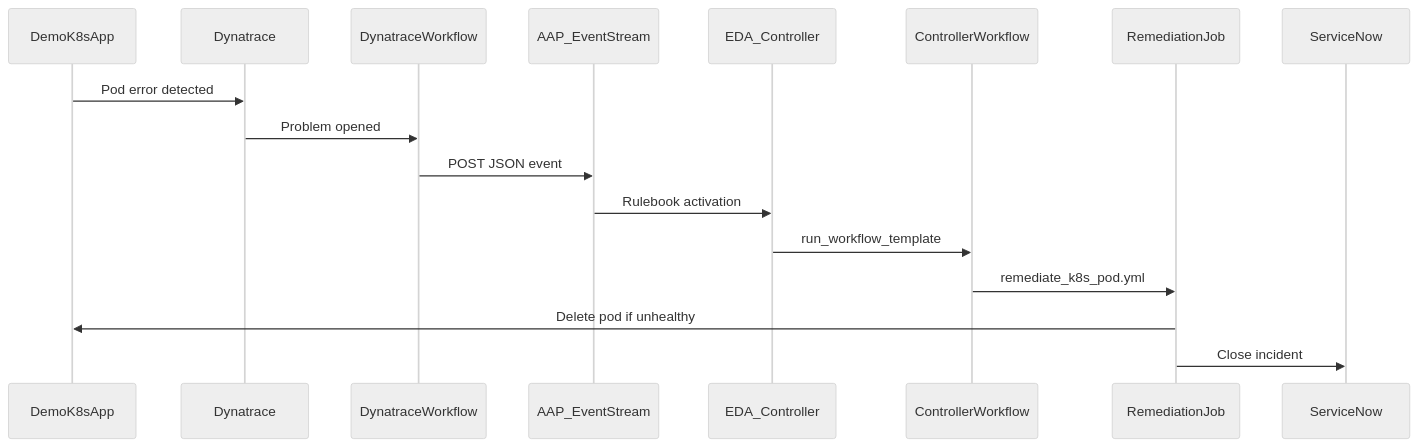
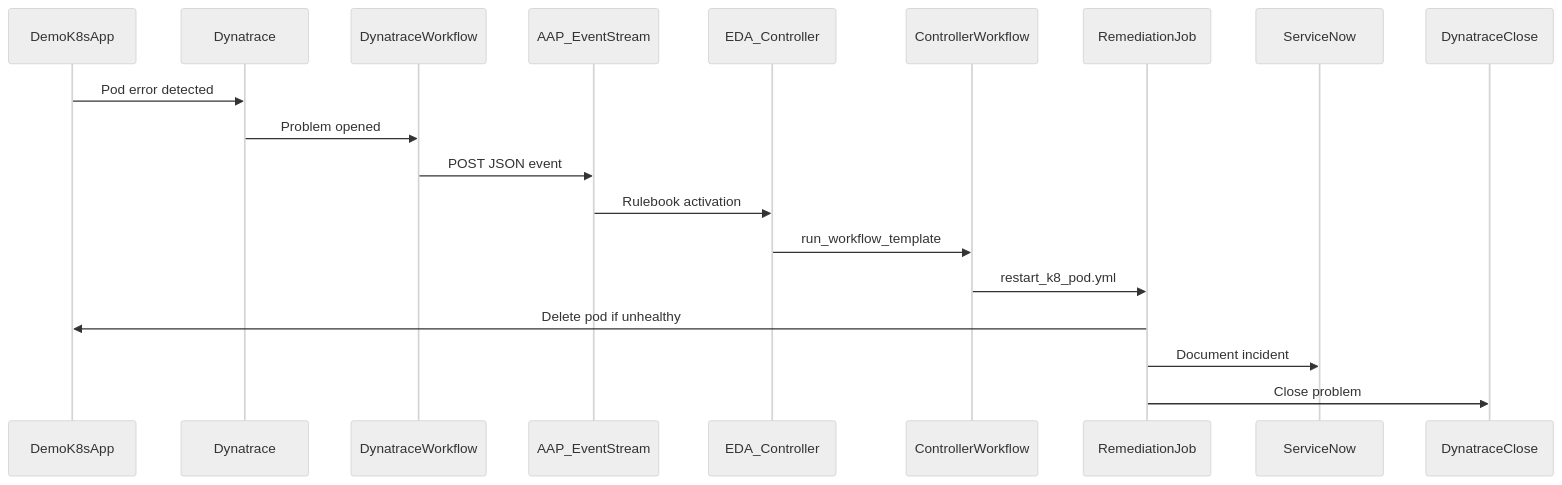
Before and after one commit to froberge/eda_dynatrace_demo: the diagram in README.md, drawn with Mermaid (neutral theme). The commit also changed other lines of this file and 3 other files, not shown here.

Commit message:
Add the call to dynatrace to close the ticket

````diff
--- a/README.md
+++ b/README.md
@@ -7,20 +7,22 @@
 ```mermaid
 sequenceDiagram
     participant K8s as DemoK8sApp
     participant DT as Dynatrace
     participant WF as DynatraceWorkflow
     participant ES as AAP_EventStream
     participant EDA as EDA_Controller
     participant WJT as ControllerWorkflow
     participant JT as RemediationJob
     participant SN as ServiceNow
+    participant DTclose as DynatraceClose
 
     K8s->>DT: Pod error detected
     DT->>WF: Problem opened
     WF->>ES: POST JSON event
     ES->>EDA: Rulebook activation
     EDA->>WJT: run_workflow_template
-    WJT->>JT: remediate_k8s_pod.yml
+    WJT->>JT: restart_k8_pod.yml
     JT->>K8s: Delete pod if unhealthy
-    JT->>SN: Close incident
+    JT->>SN: Document incident
+    JT->>DTclose: Close problem
 ```
````
